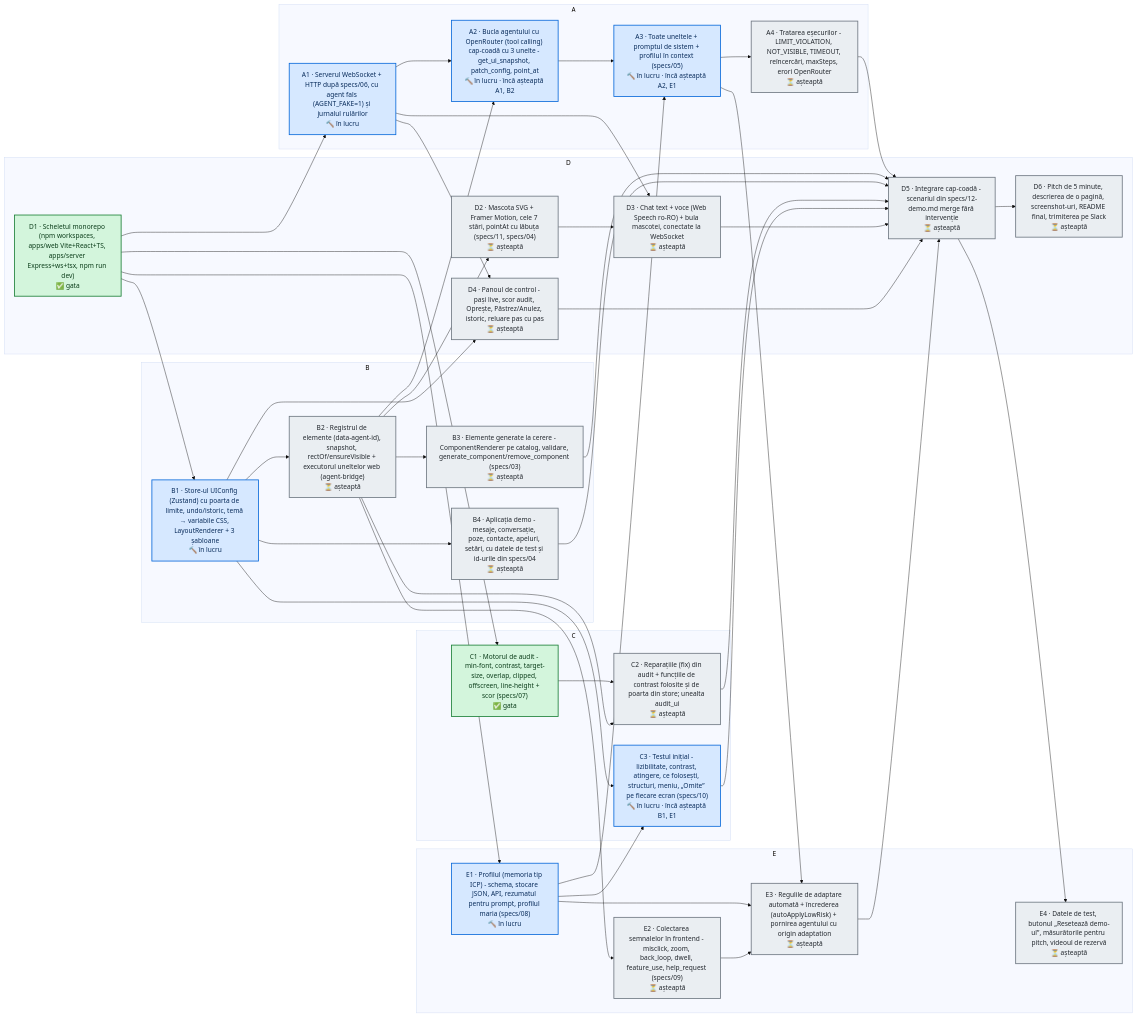
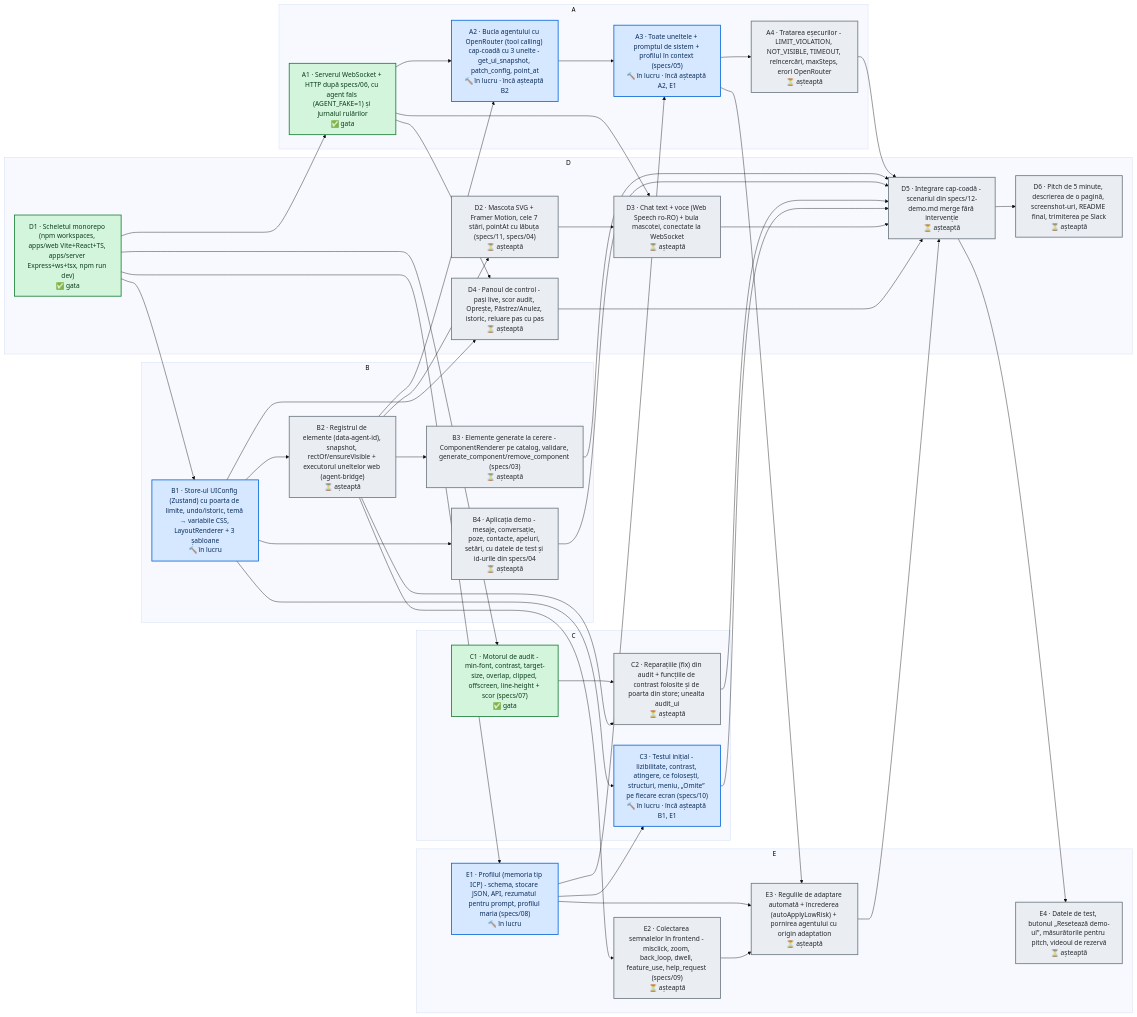
One commit to 06cezar/UiShapeshifter changed the diagram in DAG.md. Above: the diagram before and after it, drawn with Mermaid (base theme). The commit also changed other lines of this file and 1 other file, not shown here.

````diff
--- a/DAG.md
+++ b/DAG.md
@@ -8,77 +8,77 @@
 ```mermaid
 flowchart LR
   subgraph t_owner_A["A"]
-    t_A1["A1 · Serverul WebSocket + HTTP după specs/06, cu agent fals (AGENT_FAKE=1) și jurnalul rulărilor<br/>🔨 în lucru"]
-    t_A2["A2 · Bucla agentului cu OpenRouter (tool calling) cap-coadă cu 3 unelte - get_ui_snapshot, patch_config, point_at<br/>🔨 în lucru · încă așteaptă A1, B2"]
+    t_A1["A1 · Serverul WebSocket + HTTP după specs/06, cu agent fals (AGENT_FAKE=1) și jurnalul rulărilor<br/>✅ gata"]
+    t_A2["A2 · Bucla agentului cu OpenRouter (tool calling) cap-coadă cu 3 unelte - get_ui_snapshot, patch_config, point_at<br/>🔨 în lucru · încă așteaptă B2"]
     t_A3["A3 · Toate uneltele + promptul de sistem + profilul în context (specs/05)<br/>🔨 în lucru · încă așteaptă A2, E1"]
     t_A4["A4 · Tratarea eșecurilor - LIMIT_VIOLATION, NOT_VISIBLE, TIMEOUT, reîncercări, maxSteps, erori OpenRouter<br/>⏳ așteaptă"]
   end
   subgraph t_owner_B["B"]
     t_B1["B1 · Store-ul UIConfig (Zustand) cu poarta de limite, undo/istoric, temă → variabile CSS, LayoutRenderer + 3 șabloane<br/>🔨 în lucru"]
     t_B2["B2 · Registrul de elemente (data-agent-id), snapshot, rectOf/ensureVisible + executorul uneltelor web (agent-bridge)<br/>⏳ așteaptă"]
     t_B3["B3 · Elemente generate la cerere - ComponentRenderer pe catalog, validare, generate_component/remove_component (specs/03)<br/>⏳ așteaptă"]
     t_B4["B4 · Aplicația demo - mesaje, conversație, poze, contacte, apeluri, setări, cu datele de test și id-urile din specs/04<br/>⏳ așteaptă"]
   end
   subgraph t_owner_C["C"]
     t_C1["C1 · Motorul de audit - min-font, contrast, target-size, overlap, clipped, offscreen, line-height + scor (specs/07)<br/>✅ gata"]
     t_C2["C2 · Reparațiile (fix) din audit + funcțiile de contrast folosite și de poarta din store; unealta audit_ui<br/>⏳ așteaptă"]
     t_C3["C3 · Testul inițial - lizibilitate, contrast, atingere, ce folosești, structuri, meniu, „Omite” pe fiecare ecran (specs/10)<br/>🔨 în lucru · încă așteaptă B1, E1"]
   end
   subgraph t_owner_D["D"]
     t_D1["D1 · Scheletul monorepo (npm workspaces, apps/web Vite+React+TS, apps/server Express+ws+tsx, npm run dev)<br/>✅ gata"]
     t_D2["D2 · Mascota SVG + Framer Motion, cele 7 stări, pointAt cu lăbuța (specs/11, specs/04)<br/>⏳ așteaptă"]
     t_D3["D3 · Chat text + voce (Web Speech ro-RO) + bula mascotei, conectate la WebSocket<br/>⏳ așteaptă"]
     t_D4["D4 · Panoul de control - pași live, scor audit, Oprește, Păstrez/Anulez, istoric, reluare pas cu pas<br/>⏳ așteaptă"]
     t_D5["D5 · Integrare cap-coadă - scenariul din specs/12-demo.md merge fără intervenție<br/>⏳ așteaptă"]
     t_D6["D6 · Pitch de 5 minute, descrierea de o pagină, screenshot-uri, README final, trimiterea pe Slack<br/>⏳ așteaptă"]
   end
   subgraph t_owner_E["E"]
     t_E1["E1 · Profilul (memoria tip ICP) - schema, stocare JSON, API, rezumatul pentru prompt, profilul maria (specs/08)<br/>🔨 în lucru"]
     t_E2["E2 · Colectarea semnalelor în frontend - misclick, zoom, back_loop, dwell, feature_use, help_request (specs/09)<br/>⏳ așteaptă"]
     t_E3["E3 · Regulile de adaptare automată + încrederea (autoApplyLowRisk) + pornirea agentului cu origin adaptation<br/>⏳ așteaptă"]
     t_E4["E4 · Datele de test, butonul „Resetează demo-ul”, măsurătorile pentru pitch, videoul de rezervă<br/>⏳ așteaptă"]
   end
   t_B2 --> t_D2
   t_A1 --> t_D3
   t_D2 --> t_D3
   t_A1 --> t_D4
   t_B1 --> t_D4
   t_A4 --> t_D5
   t_B3 --> t_D5
   t_B4 --> t_D5
   t_C2 --> t_D5
   t_C3 --> t_D5
   t_D3 --> t_D5
   t_D4 --> t_D5
   t_E3 --> t_D5
   t_D5 --> t_D6
   t_D1 --> t_A1
   t_A1 --> t_A2
   t_B2 --> t_A2
   t_A2 --> t_A3
   t_E1 --> t_A3
   t_A3 --> t_A4
   t_D1 --> t_B1
   t_B1 --> t_B2
   t_B2 --> t_B3
   t_B1 --> t_B4
   t_D1 --> t_C1
   t_C1 --> t_C2
   t_B2 --> t_C2
   t_B1 --> t_C3
   t_E1 --> t_C3
   t_D1 --> t_E1
   t_B2 --> t_E2
   t_E1 --> t_E3
   t_E2 --> t_E3
   t_A3 --> t_E3
   t_D5 --> t_E4
   classDef done fill:#d3f5dc,stroke:#1a7f37,color:#0b3d1a,stroke-width:2px
   classDef progress fill:#d6e8ff,stroke:#0969da,color:#0a2d5c,stroke-width:2px
   classDef ready fill:#fff4c2,stroke:#9a6700,color:#4d3300,stroke-width:2px
   classDef wait fill:#eaeef2,stroke:#6e7781,color:#24292f,stroke-width:2px
   classDef blocked fill:#ffd8d3,stroke:#cf222e,color:#5c0b10,stroke-width:2px
-  class t_D1,t_C1 done
-  class t_A1,t_A2,t_A3,t_B1,t_C3,t_E1 progress
+  class t_D1,t_A1,t_C1 done
+  class t_A2,t_A3,t_B1,t_C3,t_E1 progress
   class t_D2,t_D3,t_D4,t_D5,t_D6,t_A4,t_B2,t_B3,t_B4,t_C2,t_E2,t_E3,t_E4 wait
 ```
````
